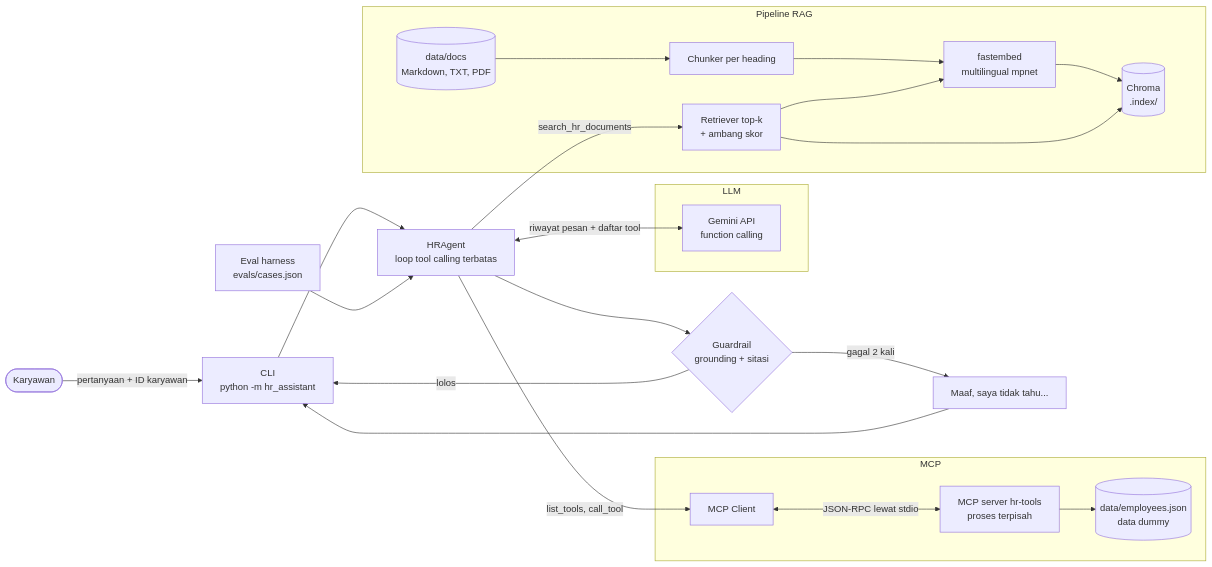
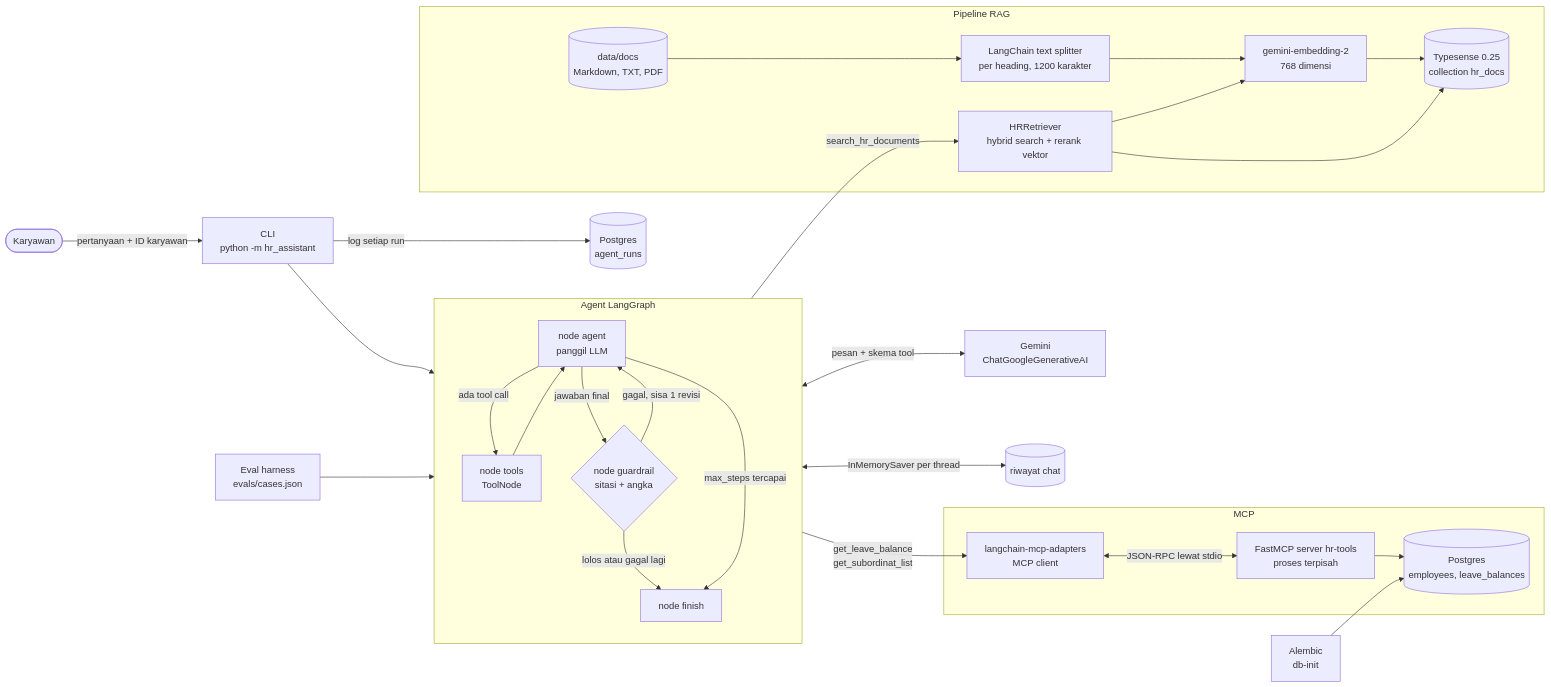
Before and after one commit to akmalmzkki25/hr-assistant-rag-mcp: the first of 2 diagrams in docs/architecture.md, drawn with Mermaid. The commit also changed other lines of this file and 1 other file, not shown here.

Commit message:
docs: architecture and README for LangGraph, Typesense, Postgres and Alembic

````diff
--- a/docs/architecture.md
+++ b/docs/architecture.md
@@ -7,33 +7,38 @@
 ```mermaid
 flowchart LR
     User([Karyawan]) -->|pertanyaan + ID karyawan| CLI[CLI<br/>python -m hr_assistant]
-    CLI --> Agent[HRAgent<br/>loop tool calling terbatas]
+    CLI --> Graph
 
-    subgraph LLM[LLM]
-        Gemini[Gemini API<br/>function calling]
+    subgraph Graph[Agent LangGraph]
+        direction TB
+        AgentNode[node agent<br/>panggil LLM] -->|ada tool call| ToolsNode[node tools<br/>ToolNode]
+        ToolsNode --> AgentNode
+        AgentNode -->|jawaban final| GuardNode{node guardrail<br/>sitasi + angka}
+        GuardNode -->|gagal, sisa 1 revisi| AgentNode
+        GuardNode -->|lolos atau gagal lagi| FinishNode[node finish]
+        AgentNode -->|max_steps tercapai| FinishNode
     end
-    Agent <-->|riwayat pesan + daftar tool| Gemini
+
+    AgentNode <-->|pesan + skema tool| Gemini[Gemini<br/>ChatGoogleGenerativeAI]
+    Graph <-->|InMemorySaver per thread| Memory[(riwayat chat)]
 
     subgraph RAG[Pipeline RAG]
-        Docs[(data/docs<br/>Markdown, TXT, PDF)] --> Chunker[Chunker per heading]
-        Chunker --> Embedder[fastembed<br/>multilingual mpnet]
-        Embedder --> Chroma[(Chroma<br/>.index/)]
-        Retriever[Retriever top-k<br/>+ ambang skor]
-        Retriever --> Embedder
-        Retriever --> Chroma
+        Docs[(data/docs<br/>Markdown, TXT, PDF)] --> Splitter[LangChain text splitter<br/>per heading, 1200 karakter]
+        Splitter --> Embed[gemini-embedding-2<br/>768 dimensi]
+        Embed --> TS[(Typesense 0.25<br/>collection hr_docs)]
+        Retriever[HRRetriever<br/>hybrid search + rerank vektor]
+        Retriever --> Embed
+        Retriever --> TS
     end
-    Agent -->|search_hr_documents| Retriever
+    ToolsNode -->|search_hr_documents| Retriever
 
     subgraph MCP[MCP]
-        Client[MCP Client] <-->|JSON-RPC lewat stdio| Server[MCP server hr-tools<br/>proses terpisah]
-        Server --> Employees[(data/employees.json<br/>data dummy)]
+        Adapter[langchain-mcp-adapters<br/>MCP client] <-->|JSON-RPC lewat stdio| Server[FastMCP server hr-tools<br/>proses terpisah]
+        Server --> PG[(Postgres<br/>employees, leave_balances)]
     end
-    Agent -->|list_tools, call_tool| Client
+    ToolsNode -->|get_leave_balance<br/>get_subordinat_list| Adapter
 
-    Agent --> Guard{Guardrail<br/>grounding + sitasi}
-    Guard -->|lolos| CLI
-    Guard -->|gagal 2 kali| Unknown["Maaf, saya tidak tahu..."]
-    Unknown --> CLI
-
-    Eval[Eval harness<br/>evals/cases.json] --> Agent
+    Alembic[Alembic<br/>db-init] --> PG
+    CLI -->|log setiap run| Runs[(Postgres<br/>agent_runs)]
+    Eval[Eval harness<br/>evals/cases.json] --> Graph
 ```
````
